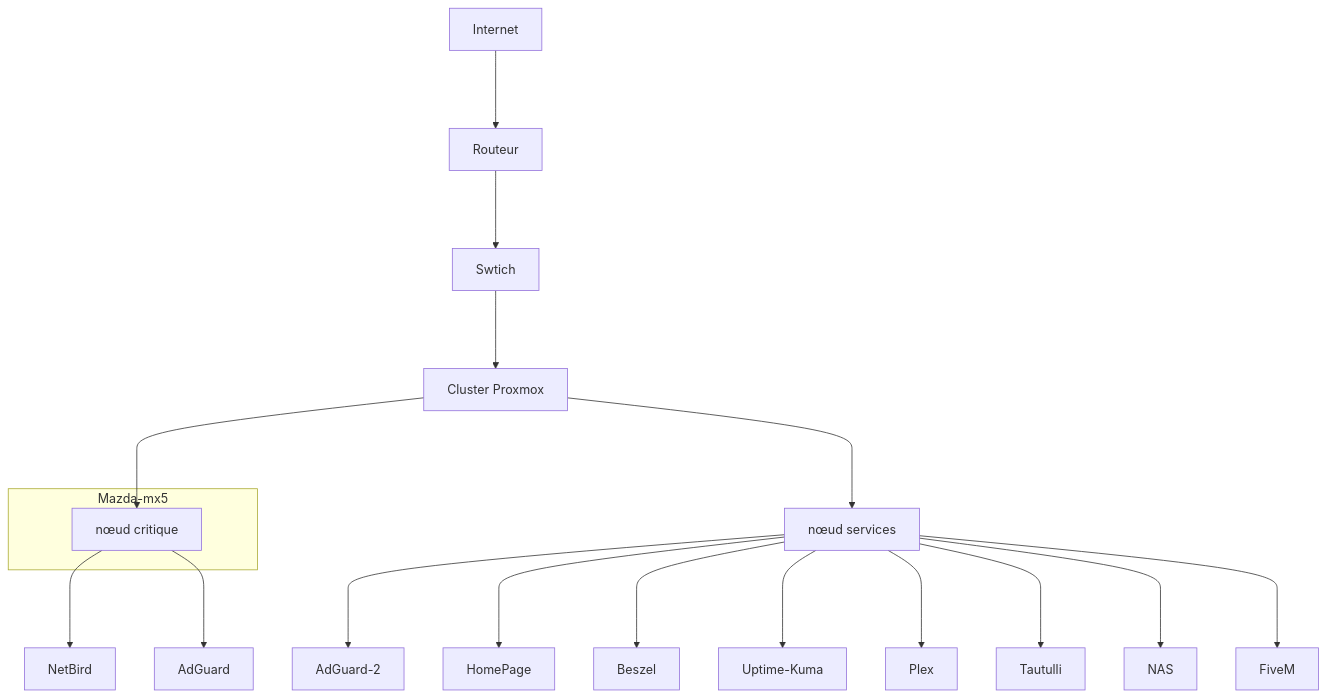
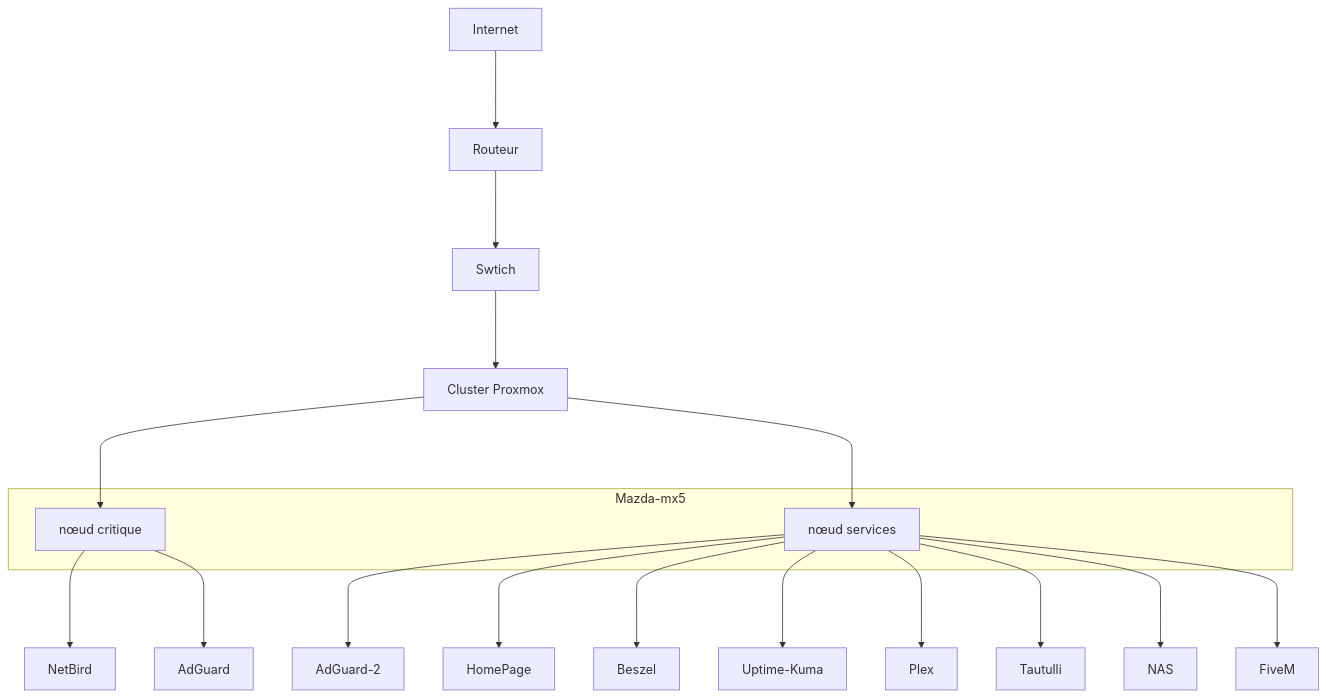
One commit to snoyy-i/snoyy-i changed the diagram in README.md. Above: the diagram before and after it, drawn with Mermaid.

````diff
--- a/README.md
+++ b/README.md
@@ -2,38 +2,39 @@
 ```mermaid
 graph TD
      A[Internet]
      B[Routeur]
      C[Swtich]
      D[Cluster Proxmox]
      E[nœud critique]
      F[nœud services]
      G[NetBird]
      H[AdGuard]
      I[AdGuard-2]
      J[HomePage]
      K[Beszel]
      L[Uptime-Kuma]
      M[Plex]
      N[Tautulli]
      O[NAS]
      P[FiveM]
 
 subgraph Mazda-mx5
      E[nœud critique]
+     F[nœud services]
 end
      A--->B
      B--->C
      C--->D
      D--->E
      D--->F
      E--->G 
      E--->H
      F--->I
      F--->J
      F--->K
      F--->L
      F--->M
      F--->N
      F--->O
      F--->P
 ```
````
